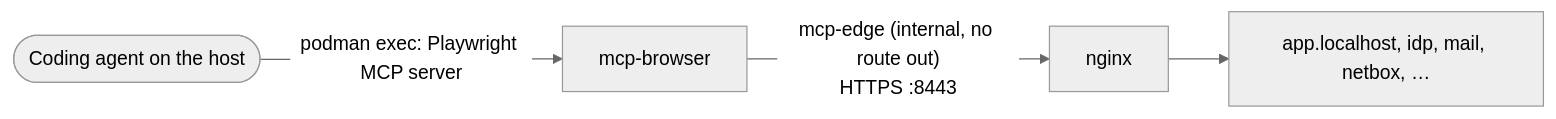
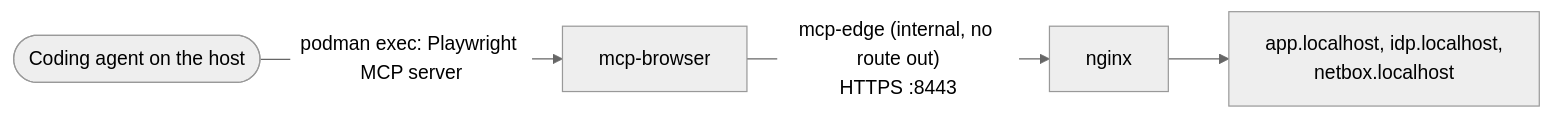
Before and after one commit to rabalyn/feathers-skeleton-stack: the third of 3 diagrams in docs/adr_v2/diagrams/testing.md, drawn with Mermaid (neutral theme). The commit also changed other lines of this file and 9 other files, not shown here.

First line of the commit message:
docs(diagrams): match the pages to the ADRs and the code

````diff
--- a/docs/adr_v2/diagrams/testing.md
+++ b/docs/adr_v2/diagrams/testing.md
@@ -57,6 +59,6 @@
 ```mermaid
 flowchart LR
   agent(["Coding agent on the host"]) -->|"podman exec: Playwright MCP server"| mcp["mcp-browser"]
   mcp -->|"mcp-edge (internal, no route out)<br>HTTPS :8443"| nginx["nginx"]
-  nginx --> app["app.localhost, idp, mail, netbox, …"]
+  nginx --> app["app.localhost, idp.localhost,<br>netbox.localhost"]
 ```
````
